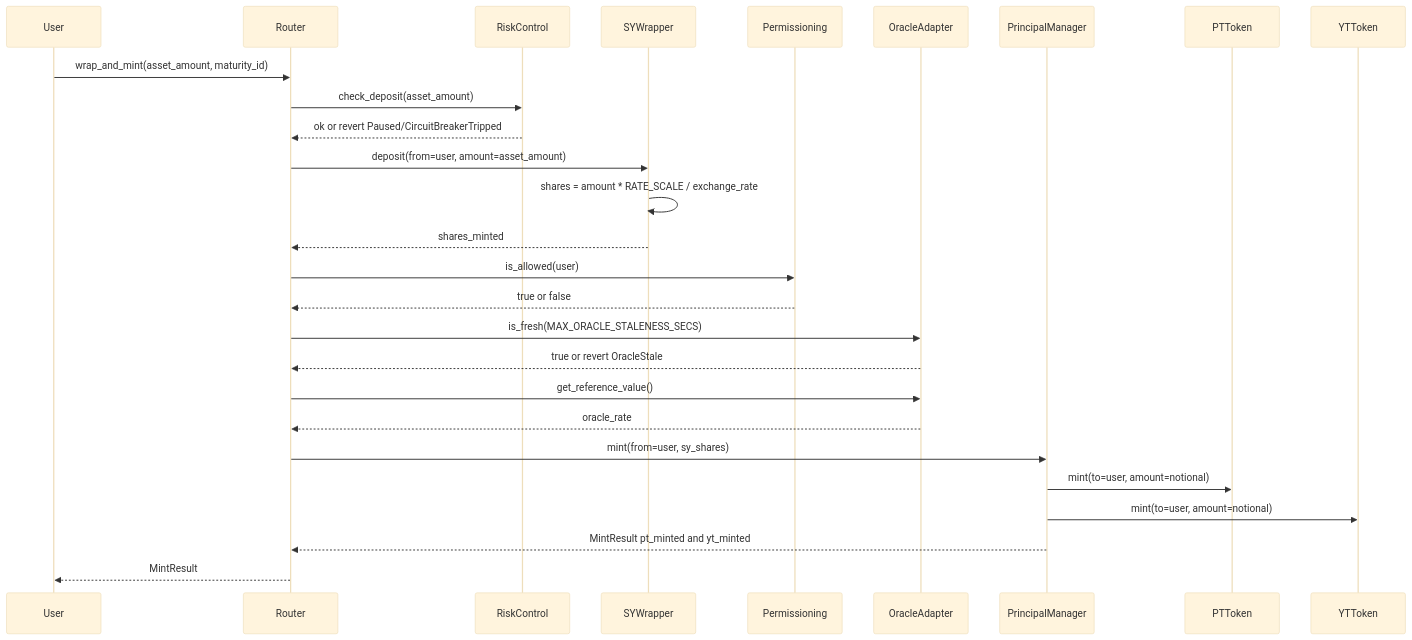
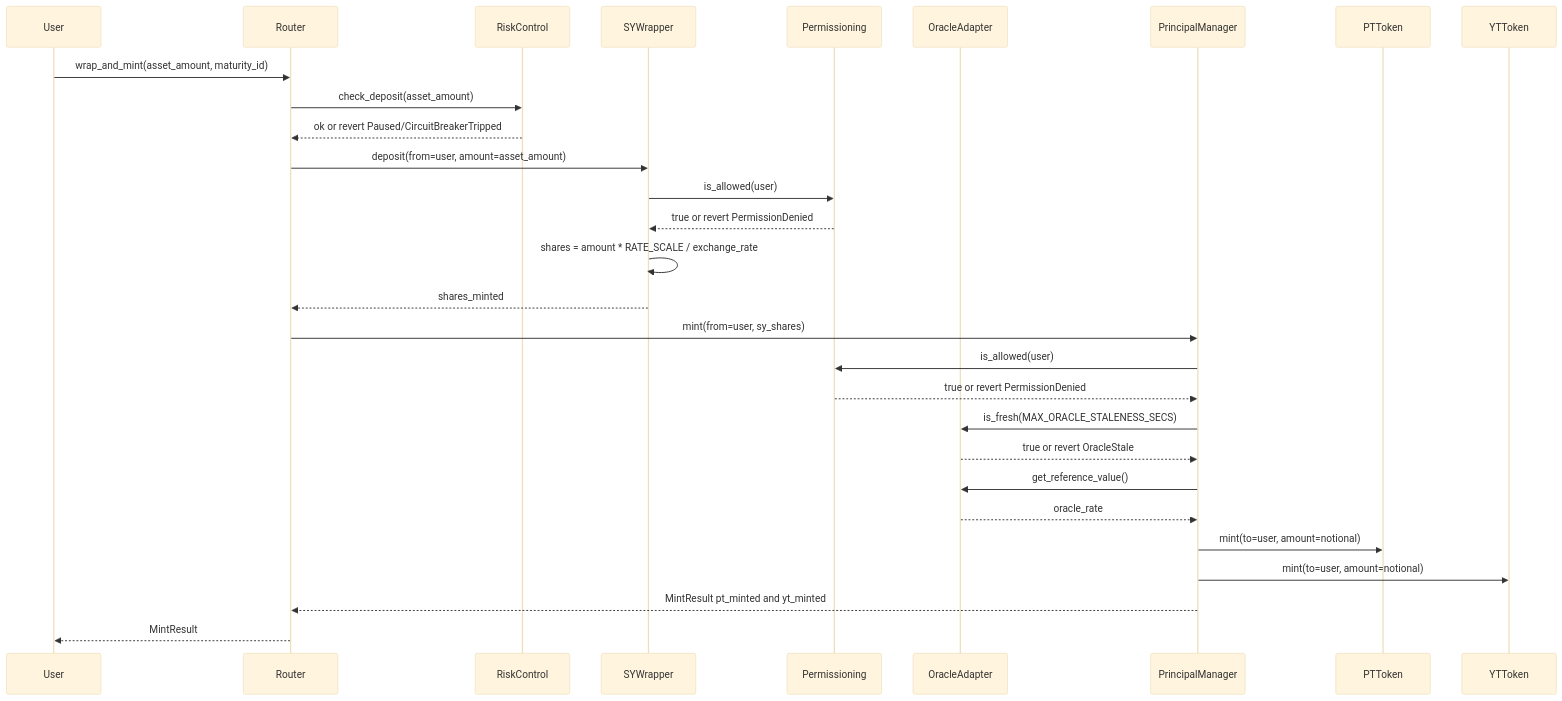
One commit to principal-Protocol-org/principal changed the second of 9 diagrams in ARCHITECTURE.md. Above: the diagram before and after it, drawn with Mermaid (base theme). The commit also changed other lines of this file and 11 other files, not shown here.

````diff
--- a/ARCHITECTURE.md
+++ b/ARCHITECTURE.md
@@ -131,30 +136,32 @@
 ```mermaid
 sequenceDiagram
     participant U as User
     participant RT as Router
     participant RC as RiskControl
     participant SYW as SYWrapper
     participant PERM as Permissioning
     participant OA as OracleAdapter
     participant PM as PrincipalManager
     participant PT as PTToken
     participant YT as YTToken
 
     U->>RT: wrap_and_mint(asset_amount, maturity_id)
     RT->>RC: check_deposit(asset_amount)
     RC-->>RT: ok or revert Paused/CircuitBreakerTripped
     RT->>SYW: deposit(from=user, amount=asset_amount)
+    SYW->>PERM: is_allowed(user)
+    PERM-->>SYW: true or revert PermissionDenied
     SYW->>SYW: shares = amount * RATE_SCALE / exchange_rate
     SYW-->>RT: shares_minted
-    RT->>PERM: is_allowed(user)
-    PERM-->>RT: true or false
-    RT->>OA: is_fresh(MAX_ORACLE_STALENESS_SECS)
-    OA-->>RT: true or revert OracleStale
-    RT->>OA: get_reference_value()
-    OA-->>RT: oracle_rate
     RT->>PM: mint(from=user, sy_shares)
+    PM->>PERM: is_allowed(user)
+    PERM-->>PM: true or revert PermissionDenied
+    PM->>OA: is_fresh(MAX_ORACLE_STALENESS_SECS)
+    OA-->>PM: true or revert OracleStale
+    PM->>OA: get_reference_value()
+    OA-->>PM: oracle_rate
     PM->>PT: mint(to=user, amount=notional)
     PM->>YT: mint(to=user, amount=notional)
     PM-->>RT: MintResult pt_minted and yt_minted
     RT-->>U: MintResult
 ```
````
